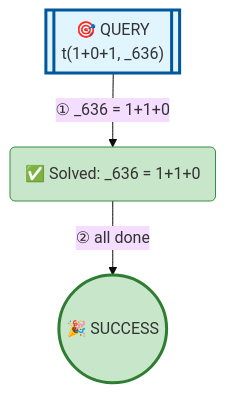
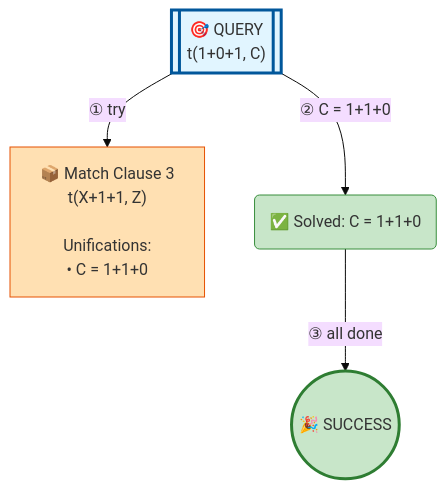
Before and after one commit to jarecsni/prolog-trace-viz: the diagram in examples/operator-detailed.md, drawn with Mermaid (base theme). The commit also changed other lines of this file and 26 other files, not shown here.

````diff
--- a/examples/operator-detailed.md
+++ b/examples/operator-detailed.md
@@ -17,17 +17,20 @@
 ```mermaid
 graph TD
 
 %% Nodes
-A[["🎯 QUERY<br/>t(1+0+1, _636)"]]
-B("✅ Solved: _636 = 1+1+0")
-C(("🎉 SUCCESS"))
+A[["🎯 QUERY<br/>t(1+0+1, C)"]]
+B["📦 Match Clause 3<br/>t(X+1+1, Z)<br/><br/>Unifications:<br/>• C = 1+1+0"]
+C("✅ Solved: C = 1+1+0")
+D(("🎉 SUCCESS"))
 
 %% Edges
-A -->|"① _636 = 1+1+0"| B
-B -->|"② all done"| C
+A -->|"① try"| B
+A -->|"② C = 1+1+0"| C
+C -->|"③ all done"| D
 
 %% Styles
 style A fill:#e1f5ff,stroke:#01579b,stroke-width:3px
-style B fill:#c8e6c9,stroke:#388e3c
-style C fill:#c8e6c9,stroke:#2e7d32,stroke-width:3px
+style B fill:#ffe0b2,stroke:#e65100
+style C fill:#c8e6c9,stroke:#388e3c
+style D fill:#c8e6c9,stroke:#2e7d32,stroke-width:3px
 ```
````
